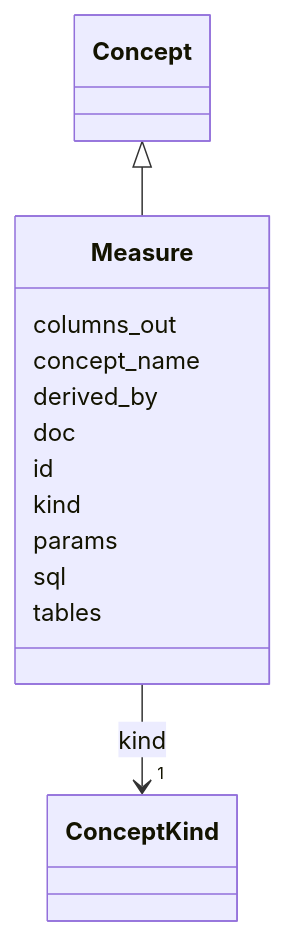
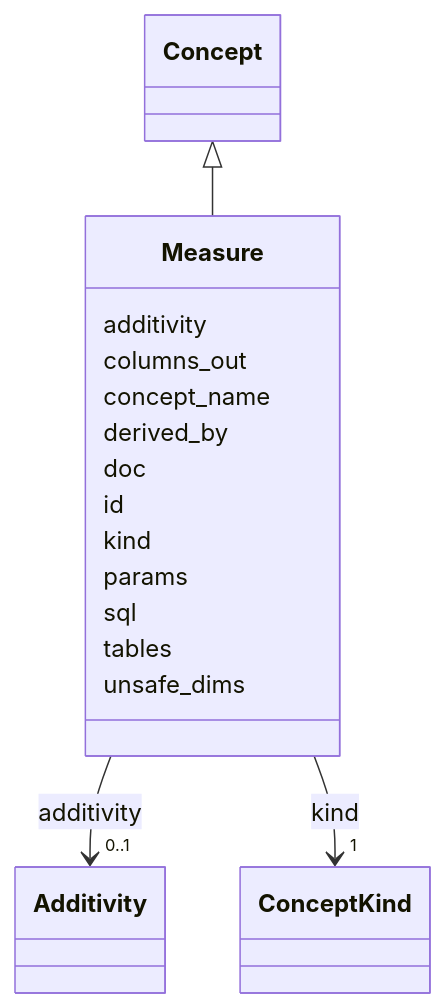
Before and after one commit to matthiasautrata/llm-policy-reasoning: the diagram in spikes/v3/v3a-prolog/linkml/docs/schema/Measure.md, drawn with Mermaid. The commit also changed other lines of this file and 64 other files, not shown here.

````diff
--- a/spikes/v3/v3a-prolog/linkml/docs/schema/Measure.md
+++ b/spikes/v3/v3a-prolog/linkml/docs/schema/Measure.md
@@ -23,36 +23,49 @@
 ```mermaid
  classDiagram
     class Measure
     click Measure href "../Measure/"
       Concept <|-- Measure
         click Concept href "../Concept/"
       
+      Measure : additivity
+        
+          
+    
+        
+        
+        Measure --> "0..1" Additivity : additivity
+        click Additivity href "../Additivity/"
+    
+
+        
       Measure : columns_out
         
       Measure : concept_name
         
       Measure : derived_by
         
       Measure : doc
         
       Measure : id
         
       Measure : kind
         
           
     
         
         
         Measure --> "1" ConceptKind : kind
         click ConceptKind href "../ConceptKind/"
     
 
         
       Measure : params
         
       Measure : sql
         
       Measure : tables
         
+      Measure : unsafe_dims
+        
       
 ```
````
